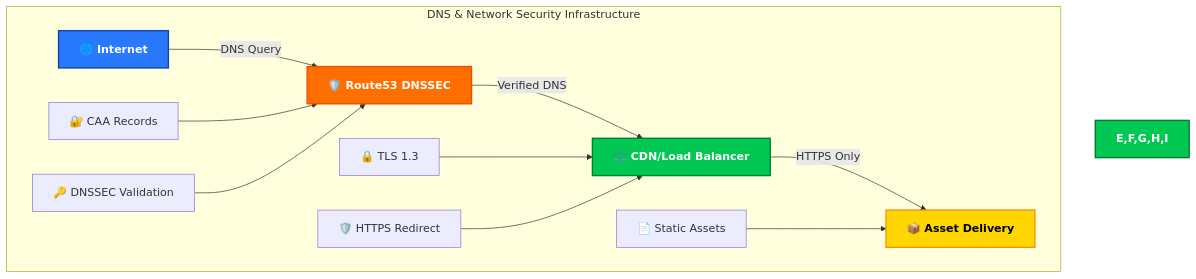
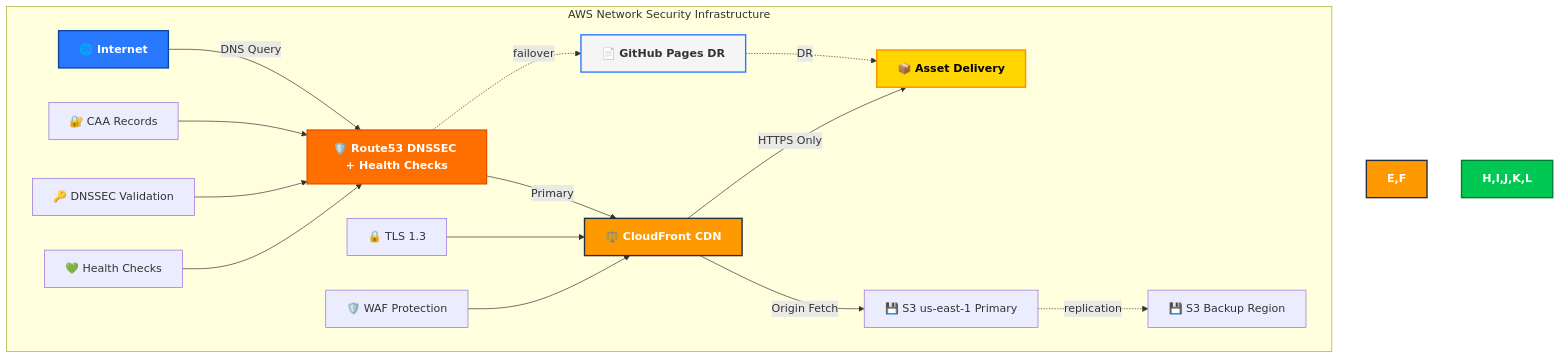
Before and after one commit to Hack23/blacktrigram: the fifth of 22 diagrams in docs/api/media/SECURITY_ARCHITECTURE.md, drawn with Mermaid. The commit also changed other lines of this file and 1932 other files, not shown here.

````diff
--- a/docs/api/media/SECURITY_ARCHITECTURE.md
+++ b/docs/api/media/SECURITY_ARCHITECTURE.md
@@ -230,20 +230,28 @@
 ```mermaid
 graph TD
-    subgraph "DNS & Network Security Infrastructure"
-        A[🌐 Internet] -->|"DNS Query"| B[🛡️ Route53 DNSSEC]
-        B -->|"Verified DNS"| C[⚖️ CDN/Load Balancer]
-        C -->|"HTTPS Only"| D[📦 Asset Delivery]
+    subgraph "AWS Network Security Infrastructure"
+        A[🌐 Internet] -->|"DNS Query"| B[🛡️ Route53 DNSSEC + Health Checks]
+        B -->|"Primary"| C[⚖️ CloudFront CDN]
+        B -.failover.-> D[📄 GitHub Pages DR]
+        
+        C -->|"Origin Fetch"| E[💾 S3 us-east-1 Primary]
+        E -.replication.-> F[💾 S3 Backup Region]
+        
+        C -->|"HTTPS Only"| G[📦 Asset Delivery]
+        D -.DR.-> G
 
-        E[🔒 TLS 1.3] --> C
-        F[🛡️ HTTPS Redirect] --> C
-        G[📄 Static Assets] --> D
-        H[🔐 CAA Records] --> B
-        I[🔑 DNSSEC Validation] --> B
+        H[🔒 TLS 1.3] --> C
+        I[🛡️ WAF Protection] --> C
+        J[🔐 CAA Records] --> B
+        K[🔑 DNSSEC Validation] --> B
+        L[💚 Health Checks] --> B
     end
 
     style A fill:#2979FF,stroke:#0D47A1,stroke-width:2px,color:white,font-weight:bold
     style B fill:#FF6F00,stroke:#E65100,stroke-width:2px,color:white,font-weight:bold
-    style C fill:#00C853,stroke:#007E33,stroke-width:2px,color:white,font-weight:bold
-    style D fill:#FFD600,stroke:#FF8F00,stroke-width:2px,color:black,font-weight:bold
-    style E,F,G,H,I fill:#00C853,stroke:#007E33,stroke-width:2px,color:white,font-weight:bold
+    style C fill:#FF9900,stroke:#232F3E,stroke-width:2px,color:white,font-weight:bold
+    style D fill:#f5f5f5,stroke:#2979FF,stroke-width:2px,font-weight:bold
+    style E,F fill:#FF9900,stroke:#232F3E,stroke-width:2px,color:white,font-weight:bold
+    style G fill:#FFD600,stroke:#FF8F00,stroke-width:2px,color:black,font-weight:bold
+    style H,I,J,K,L fill:#00C853,stroke:#007E33,stroke-width:2px,color:white,font-weight:bold
 ```
````
